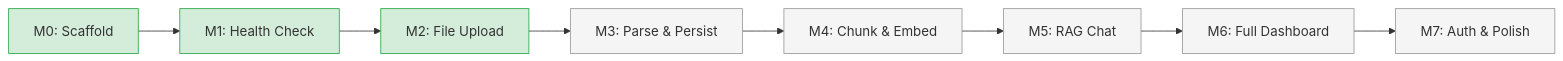
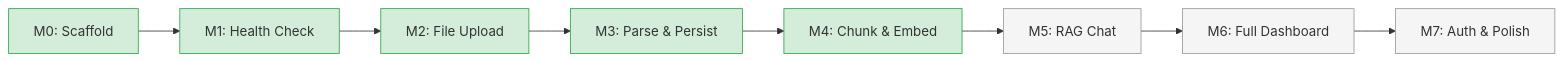
Before and after one commit to darth-dodo/ledger: the diagram in tasks.md, drawn with Mermaid. The commit also changed other lines of this file and 45 other files, not shown here.

````diff
--- a/tasks.md
+++ b/tasks.md
@@ -38,19 +39,19 @@
 ```mermaid
 graph LR
     M0[M0: Scaffold] --> M1[M1: Health Check]
     M1 --> M2[M2: File Upload]
     M2 --> M3[M3: Parse & Persist]
     M3 --> M4[M4: Chunk & Embed]
     M4 --> M5[M5: RAG Chat]
     M5 --> M6[M6: Full Dashboard]
     M6 --> M7[M7: Auth & Polish]
 
     style M0 fill:#d4edda,stroke:#28a745
     style M1 fill:#d4edda,stroke:#28a745
     style M2 fill:#d4edda,stroke:#28a745
-    style M3 fill:#f5f5f5,stroke:#999
-    style M4 fill:#f5f5f5,stroke:#999
+    style M3 fill:#d4edda,stroke:#28a745
+    style M4 fill:#d4edda,stroke:#28a745
     style M5 fill:#f5f5f5,stroke:#999
     style M6 fill:#f5f5f5,stroke:#999
     style M7 fill:#f5f5f5,stroke:#999
 ```
````
